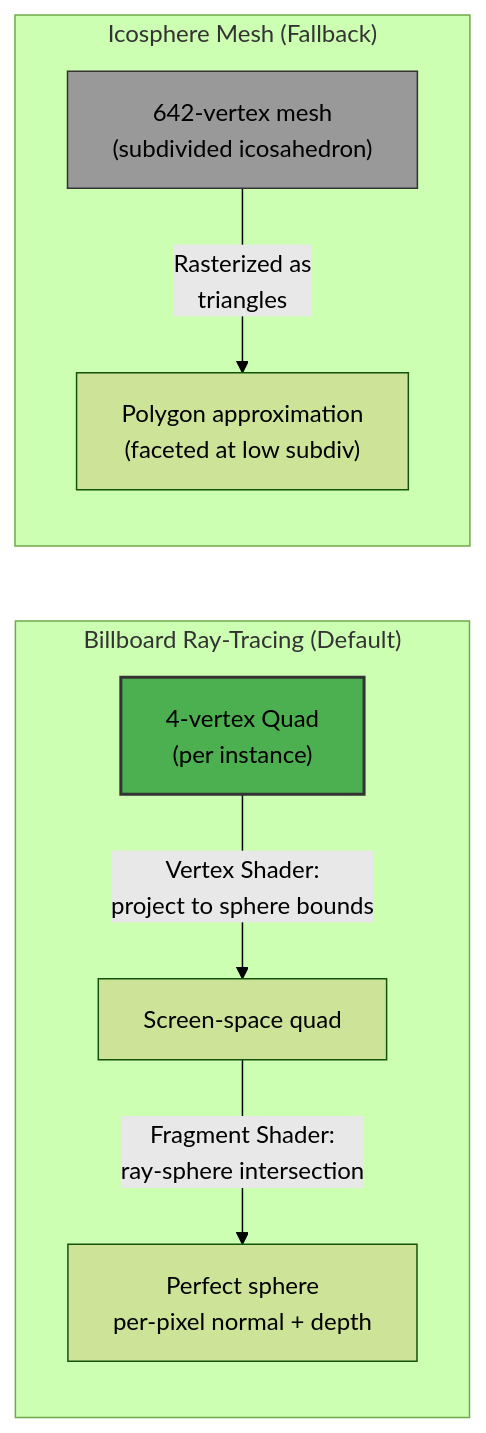
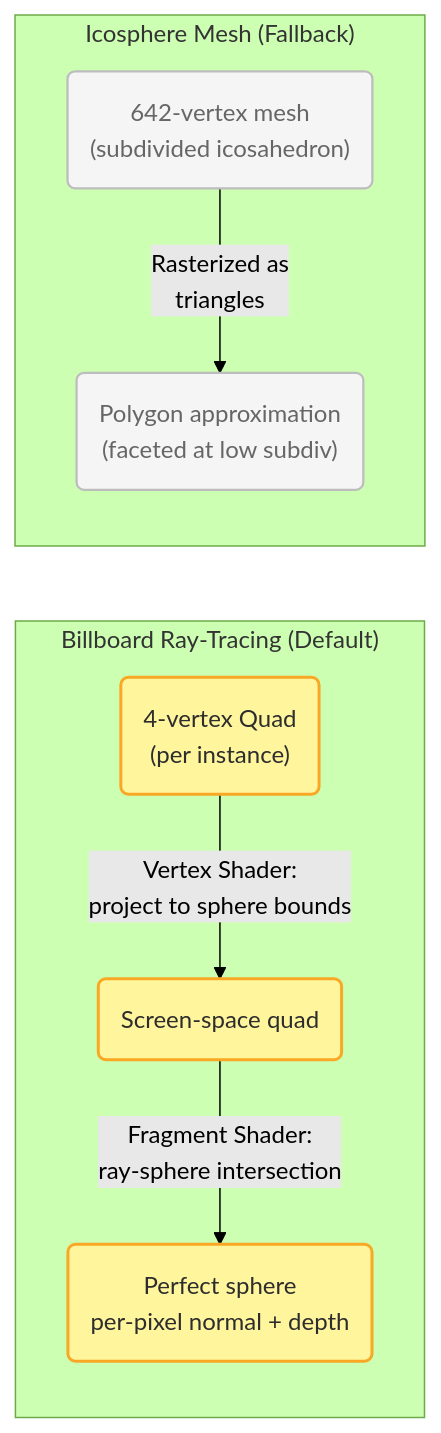
The fifth of 17 diagrams in content/suckless-ogl-anatomie-frame-en.md (yoyonel/blog_source), drawn with Mermaid (forest theme) before and after one commit. The commit also changed other lines of this file and 4 other files, not shown here.

First line of the commit message:
refactor(mermaid): hand-drawn style + forced light mode for all browsers

```diff
--- a/content/suckless-ogl-anatomie-frame-en.md
+++ b/content/suckless-ogl-anatomie-frame-en.md
@@ -297,14 +315,17 @@
 <pre class="mermaid">
 graph LR
     subgraph "Billboard Ray-Tracing (Default)"
-        A["4-vertex Quad<br/>(per instance)"] -->|"Vertex Shader:<br/>project to sphere bounds"| B["Screen-space quad"]
-        B -->|"Fragment Shader:<br/>ray-sphere intersection"| C["Perfect sphere<br/>per-pixel normal + depth"]
+        A("4-vertex Quad<br/>(per instance)") -->|"Vertex Shader:<br/>project to sphere bounds"| B("Screen-space quad")
+        B -->|"Fragment Shader:<br/>ray-sphere intersection"| C("Perfect sphere<br/>per-pixel normal + depth")
     end
 
     subgraph "Icosphere Mesh (Fallback)"
-        D["642-vertex mesh<br/>(subdivided icosahedron)"] -->|"Rasterized as<br/>triangles"| E["Polygon approximation<br/>(faceted at low subdiv)"]
+        D("642-vertex mesh<br/>(subdivided icosahedron)") -->|"Rasterized as<br/>triangles"| E("Polygon approximation<br/>(faceted at low subdiv)")
     end
 
-    style A fill:#4CAF50,stroke:#333,stroke-width:2px
-    style D fill:#999,stroke:#333,stroke-width:1px
+    classDef highlight fill:#fff59d,stroke:#f9a825,stroke-width:2px,color:#2d2d2d
+    classDef fallback fill:#f5f5f5,stroke:#bdbdbd,stroke-width:1.5px,color:#666666
+
+    class A,B,C highlight
+    class D,E fallback
 </pre>
```
